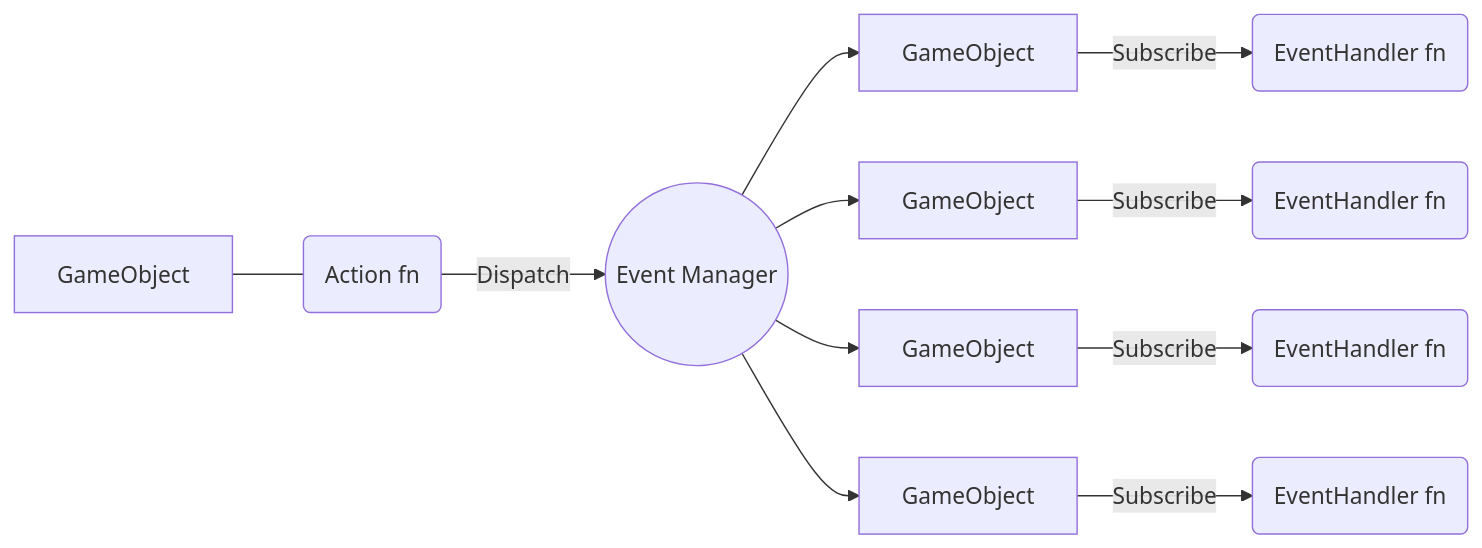
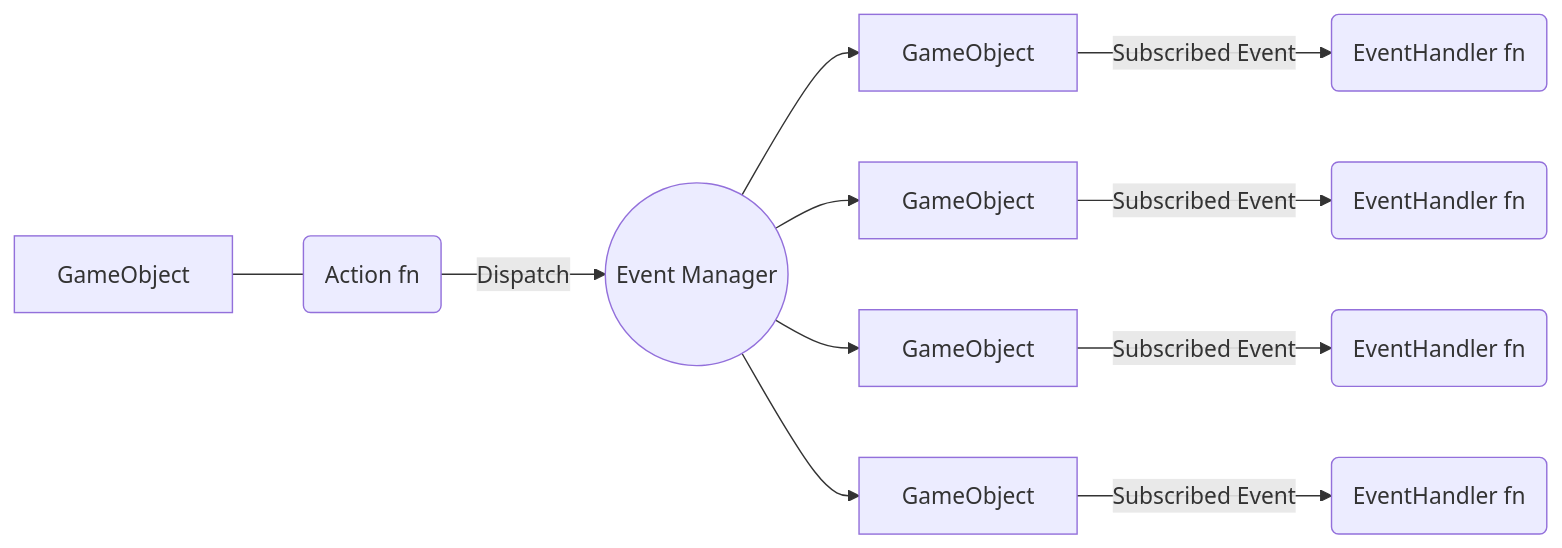
Before and after one commit to gsg-jay/GamePatterns: the diagram in README.md, drawn with Mermaid.

````diff
--- a/README.md
+++ b/README.md
@@ -3,9 +3,9 @@
 ```mermaid
 graph LR;
 c0["GameObject"]---a
 a("Action fn")-->|Dispatch|em(("Event Manager"))
-em-->c1["GameObject"]-->|Subscribe|eh1("EventHandler fn")
-em-->c2["GameObject"]-->|Subscribe|eh2("EventHandler fn")
-em-->c3["GameObject"]-->|Subscribe|eh3("EventHandler fn")
-em-->c4["GameObject"]-->|Subscribe|eh4("EventHandler fn")
+em-->c1["GameObject"]-->|Subscribed Event|eh1("EventHandler fn")
+em-->c2["GameObject"]-->|Subscribed Event|eh2("EventHandler fn")
+em-->c3["GameObject"]-->|Subscribed Event|eh3("EventHandler fn")
+em-->c4["GameObject"]-->|Subscribed Event|eh4("EventHandler fn")
 ```
````
